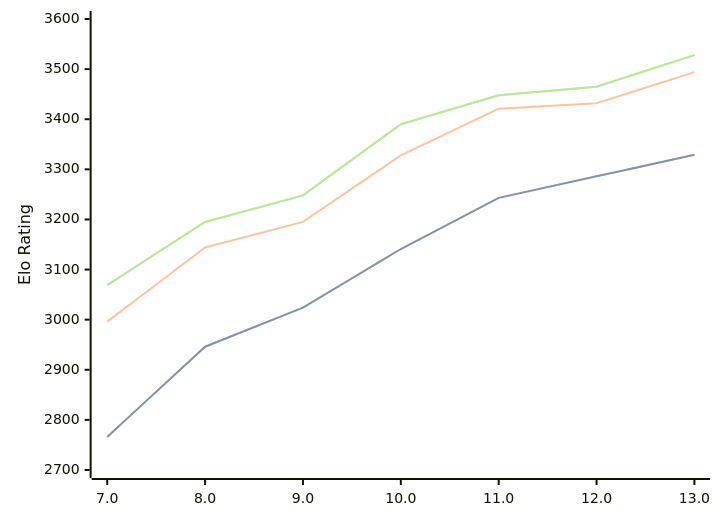
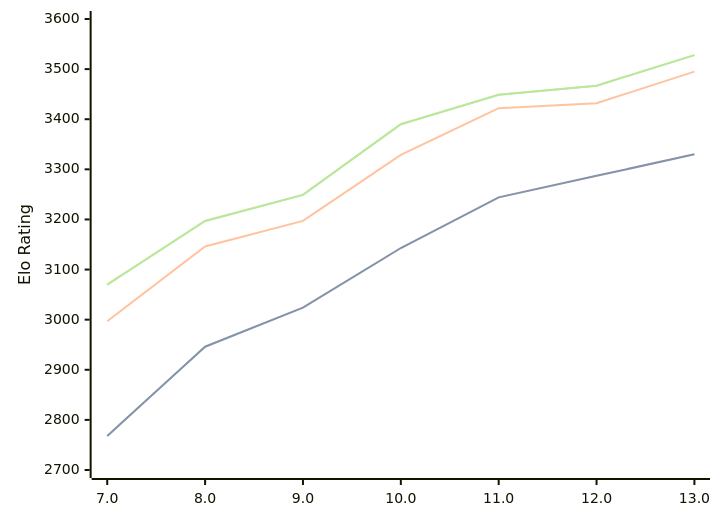
One commit to computer-chess-index/cci changed the diagram in engines/Tcheran.md. Above: the diagram before and after it, drawn with Mermaid. The commit also changed other lines of this file, not shown here.

Commit message:
Update CCI Ratings (ELO VLTC) - 2026-09-13

````diff
--- a/engines/Tcheran.md
+++ b/engines/Tcheran.md
@@ -37,11 +37,11 @@
 ```mermaid
 %%{init: {"theme":"base","themeVariables":{"seriesColors:['#a3a3a3','#222221','#faa371']}}}%%
 xychart-beta
   x-axis ["7.0", "8.0", "9.0", "10.0", "11.0", "12.0", "13.0"]
   y-axis "Elo Rating" 2700 --> 3600
-  line "" [2766, 2946, 3024, 3141, 3243, 3286, 3329]
-  line "STC (8.0+0.08s)" [2766, 2946, 3024, 3141, 3243, 3286, 3329]
-  line "LTC (60.0+0.60s)" [2996, 3144, 3195, 3328, 3421, 3432, 3494]
-  line "" [3069, 3195, 3248, 3390, 3448, 3465, 3528]
-  line "VLTC (2m24s+1.12s)" [3069, 3195, 3248, 3390, 3448, 3465, 3528]
+  line "" [2768, 2946, 3024, 3143, 3244, 3287, 3330]
+  line "STC (8.0+0.08s)" [2768, 2946, 3024, 3143, 3244, 3287, 3330]
+  line "LTC (60.0+0.60s)" [2997, 3146, 3197, 3329, 3422, 3432, 3495]
+  line "" [3070, 3197, 3249, 3390, 3449, 3467, 3528]
+  line "VLTC (2m24s+1.12s)" [3070, 3197, 3249, 3390, 3449, 3467, 3528]
 ```
````
